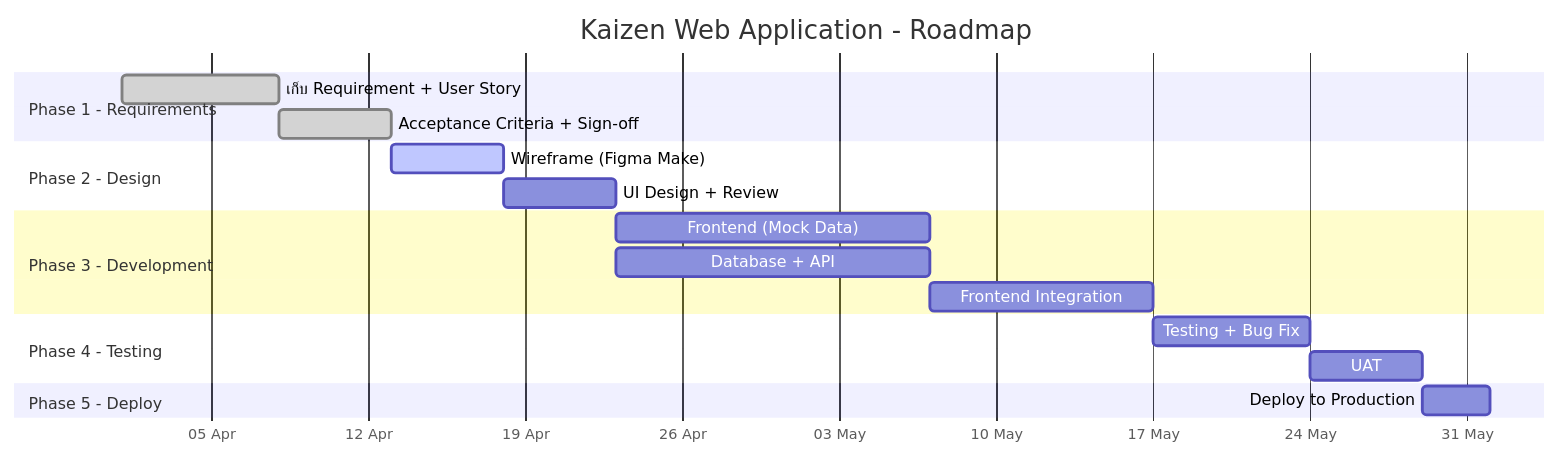
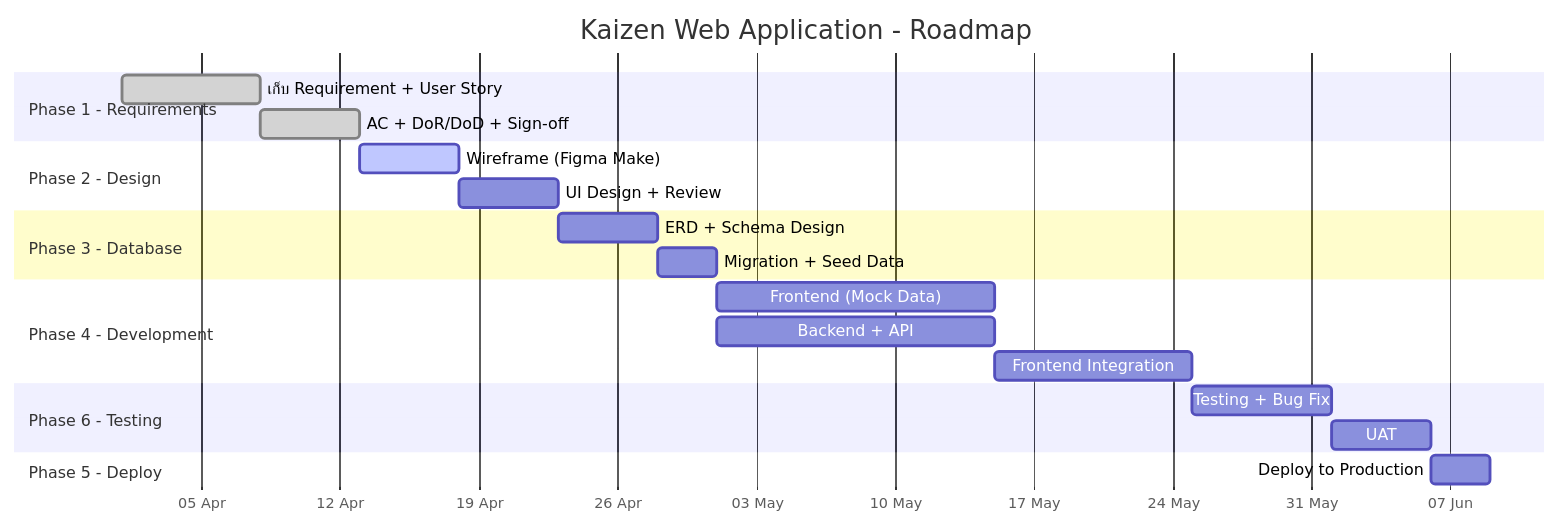
One commit to Siam-GS-Battery/SOP-SDLC-PLAN changed the second of 2 diagrams in documentation/01_REQUIREMENTS/1.4_Roadmap_Timeline_Asana_Link.md. Above: the diagram before and after it, drawn with Mermaid. The commit also changed other lines of this file, not shown here.

First line of the commit message:
docs: แก้ 1.4 ให้แบ่ง Phase ตาม SDLC ของ SOP (Phase 1-6)

````diff
--- a/documentation/01_REQUIREMENTS/1.4_Roadmap_Timeline_Asana_Link.md
+++ b/documentation/01_REQUIREMENTS/1.4_Roadmap_Timeline_Asana_Link.md
@@ -59,26 +73,30 @@
 ```mermaid
 gantt
     title Kaizen Web Application - Roadmap
     dateFormat  YYYY-MM-DD
     axisFormat  %d %b
 
     section Phase 1 - Requirements
     เก็บ Requirement + User Story    :done, req, 2026-04-01, 7d
-    Acceptance Criteria + Sign-off   :done, ac, after req, 5d
+    AC + DoR/DoD + Sign-off          :done, ac, after req, 5d
 
     section Phase 2 - Design
     Wireframe (Figma Make)           :active, wf, after ac, 5d
     UI Design + Review               :uid, after wf, 5d
 
-    section Phase 3 - Development
-    Frontend (Mock Data)             :fe, after uid, 14d
-    Database + API                   :be, after uid, 14d
+    section Phase 3 - Database
+    ERD + Schema Design              :erd, after uid, 5d
+    Migration + Seed Data            :mig, after erd, 3d
+
+    section Phase 4 - Development
+    Frontend (Mock Data)             :fe, after mig, 14d
+    Backend + API                    :be, after mig, 14d
     Frontend Integration             :int, after fe, 10d
 
-    section Phase 4 - Testing
+    section Phase 6 - Testing
     Testing + Bug Fix                :test, after int, 7d
     UAT                              :uat, after test, 5d
 
     section Phase 5 - Deploy
     Deploy to Production             :deploy, after uat, 3d
 ```
````
